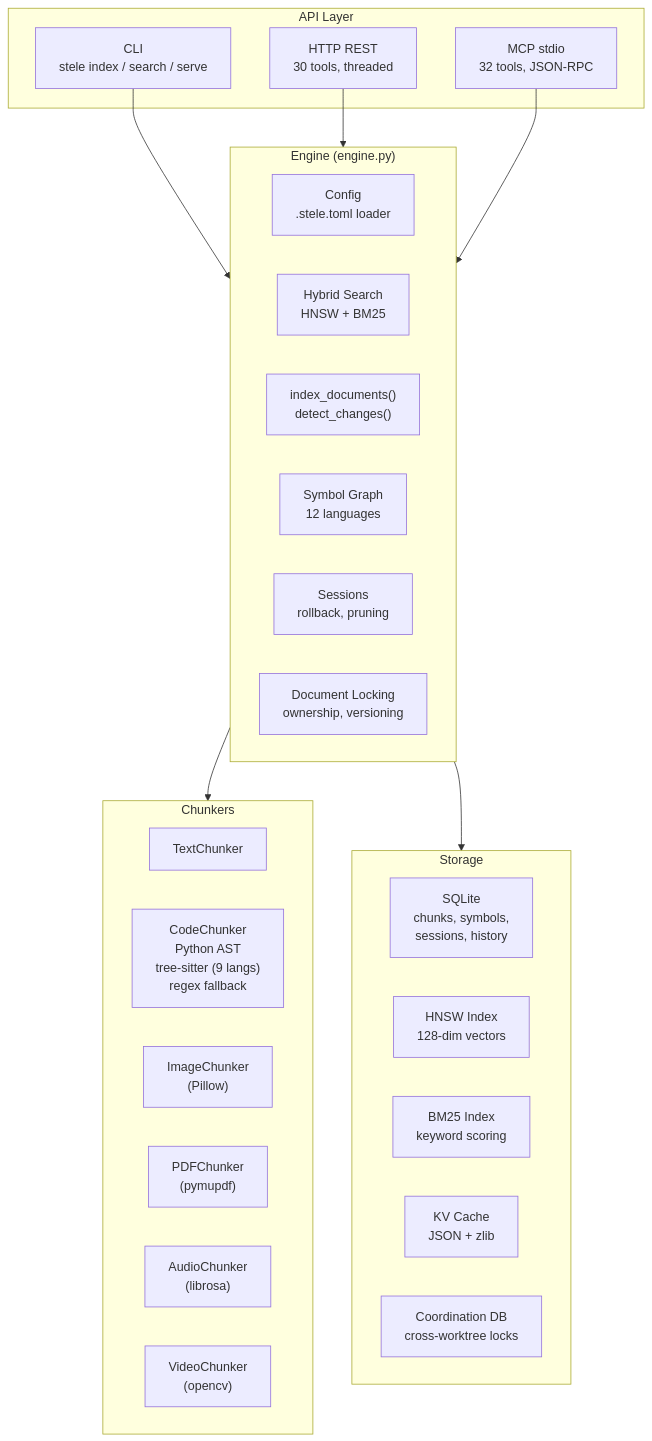
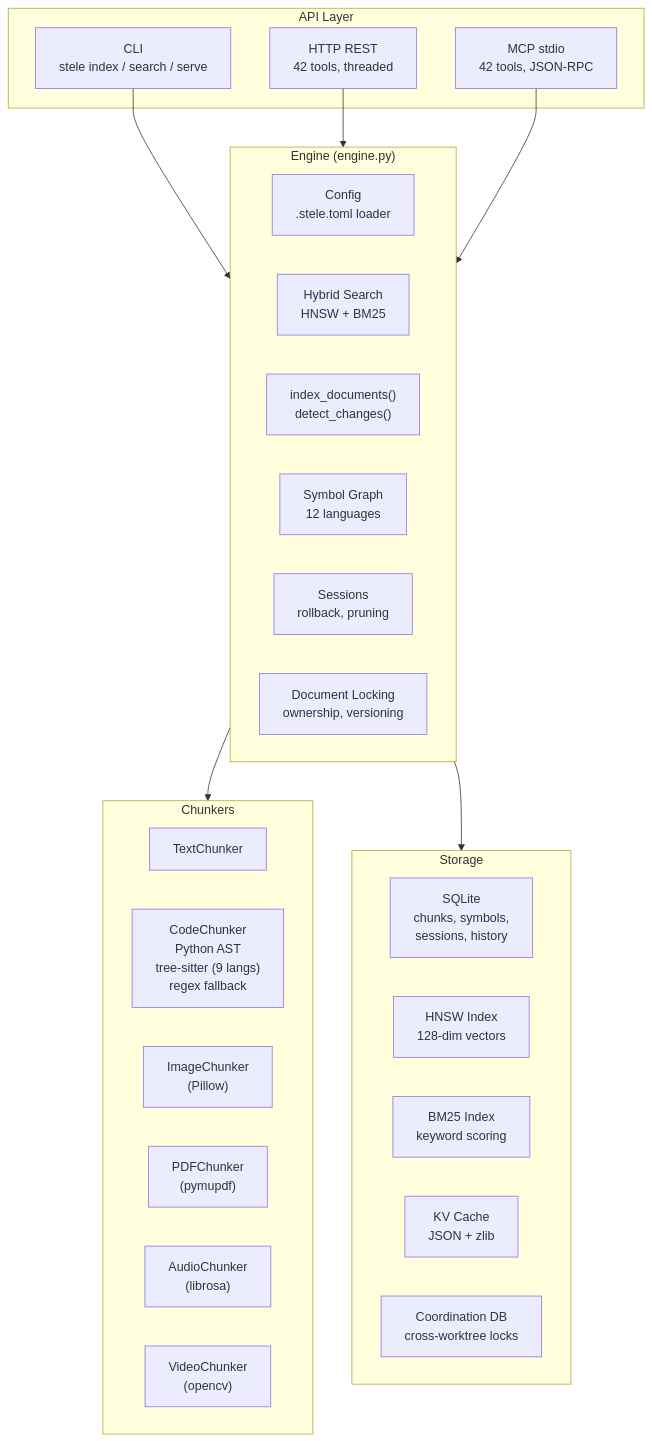
The diagram in README.md (IronAdamant/ChunkForge), drawn with Mermaid before and after one commit. The commit also changed other lines of this file and 15 other files, not shown here.

````diff
--- a/README.md
+++ b/README.md
@@ -29,40 +29,40 @@
 ```mermaid
 graph TB
     subgraph API["API Layer"]
         CLI["CLI<br/>stele index / search / serve"]
-        HTTP["HTTP REST<br/>30 tools, threaded"]
-        MCP["MCP stdio<br/>32 tools, JSON-RPC"]
+        HTTP["HTTP REST<br/>42 tools, threaded"]
+        MCP["MCP stdio<br/>42 tools, JSON-RPC"]
     end
 
     subgraph Engine["Engine (engine.py)"]
         CFG["Config<br/>.stele.toml loader"]
         SEARCH["Hybrid Search<br/>HNSW + BM25"]
         IDX["index_documents()<br/>detect_changes()"]
         SYM["Symbol Graph<br/>12 languages"]
         SESS["Sessions<br/>rollback, pruning"]
         LOCK["Document Locking<br/>ownership, versioning"]
     end
 
     subgraph Chunkers["Chunkers"]
         TXT["TextChunker"]
         CODE["CodeChunker<br/>Python AST<br/>tree-sitter (9 langs)<br/>regex fallback"]
         IMG["ImageChunker<br/>(Pillow)"]
         PDF["PDFChunker<br/>(pymupdf)"]
         AUD["AudioChunker<br/>(librosa)"]
         VID["VideoChunker<br/>(opencv)"]
     end
 
     subgraph Storage["Storage"]
         SQLITE["SQLite<br/>chunks, symbols,<br/>sessions, history"]
         HNSW["HNSW Index<br/>128-dim vectors"]
         BM25["BM25 Index<br/>keyword scoring"]
         KV["KV Cache<br/>JSON + zlib"]
         COORD["Coordination DB<br/>cross-worktree locks"]
     end
 
     CLI --> Engine
     HTTP --> Engine
     MCP --> Engine
     Engine --> Chunkers
     Engine --> Storage
 ```
````
